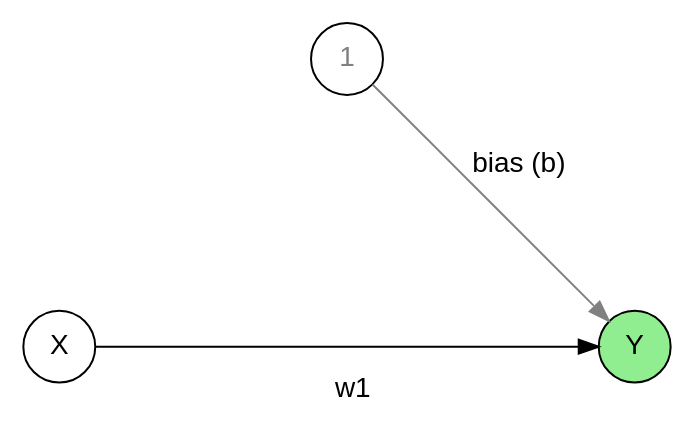
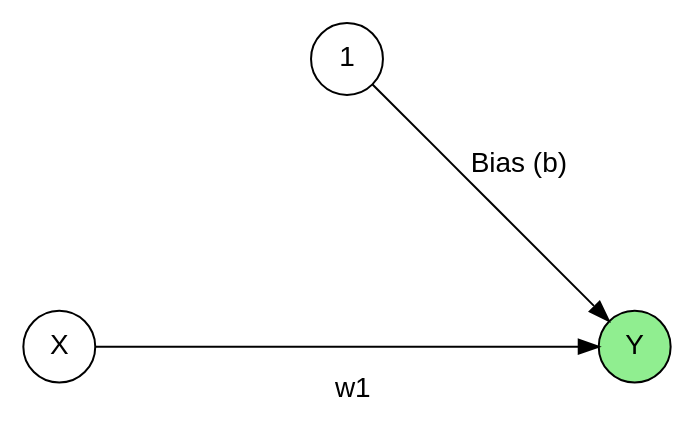
The second of 4 diagrams in Machine Learning.qmd (mca91/kasa_book), drawn with Graphviz before and after one commit. The commit also changed other lines of this file and 336 other files, not shown here.

````diff
--- a/Machine Learning.qmd
+++ b/Machine Learning.qmd
@@ -53,19 +216,19 @@
 ```{dot}
 //| fig-width: 6
 //| fig-height: 2
-//| fig-cap: "Neuronales Netzwerk: Lineare Regression mit einer Variable und Bias"
+//| fig-cap: "Neuronales Netzwerk: Lineare Regression mit einer Variable und Konstante"
 //| label: "fig-nn-lreg"
 digraph NEURALNET {
     layout=neato
     fontname="Helvetica,Arial,sans-serif"
     node [fontname="Helvetica,Arial,sans-serif", shape="circle"]
     edge [fontname="Helvetica,Arial,sans-serif"]
 
     X [label="X", pos="0,0!"];
     Y [label="Y", pos="4,0!", style=filled, fillcolor=lightgreen];
-    B [label="1", pos="2,2!", fontcolor=gray];
+    B [label="1", pos="2,2!"];
 
     X -> Y [headlabel = "w1", labeldistance=12.5, labelangle=10];
-    B -> Y [headlabel = "bias (b)", labeldistance=9, labelangle=-15, color=gray];
+    B -> Y [headlabel = "Bias (b)", labeldistance=9, labelangle=-15];
 }
 ```
````
